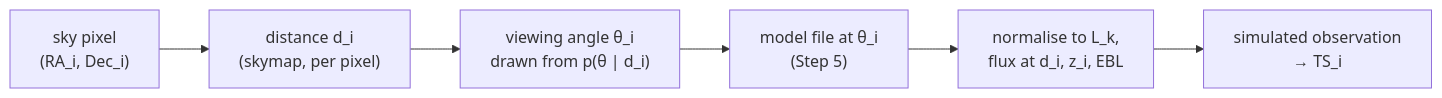
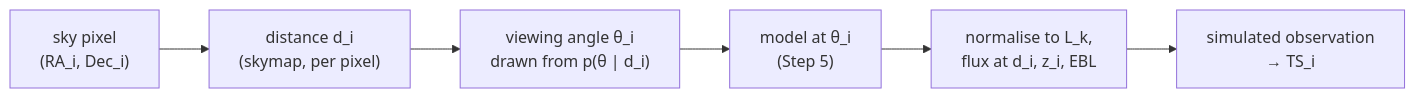
The diagram in docs/viewing_angle_distribution.md (juanjq/gw-gamma-global-uls), drawn with Mermaid before and after one commit. The commit also changed other lines of this file and 5 other files, not shown here.

````diff
--- a/docs/viewing_angle_distribution.md
+++ b/docs/viewing_angle_distribution.md
@@ -42,8 +42,8 @@
 ```mermaid
 flowchart LR
   A["sky pixel<br/>(RA_i, Dec_i)"] --> B["distance d_i<br/>(skymap, per pixel)"]
   B --> C["viewing angle θ_i<br/>drawn from p(θ | d_i)"]
-  C --> D["model file at θ_i<br/>(Step 5)"]
+  C --> D["model at θ_i<br/>(Step 5)"]
   D --> E["normalise to L_k,<br/>flux at d_i, z_i, EBL"]
   E --> F["simulated observation<br/>→ TS_i"]
 ```
````
